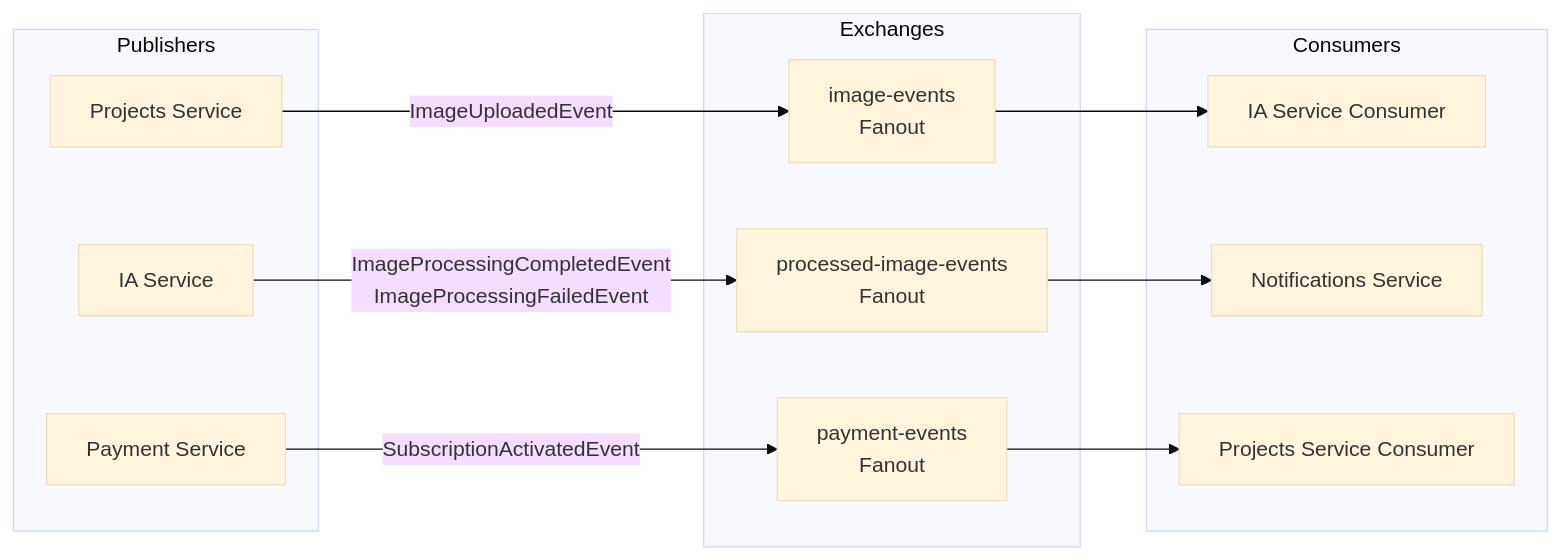
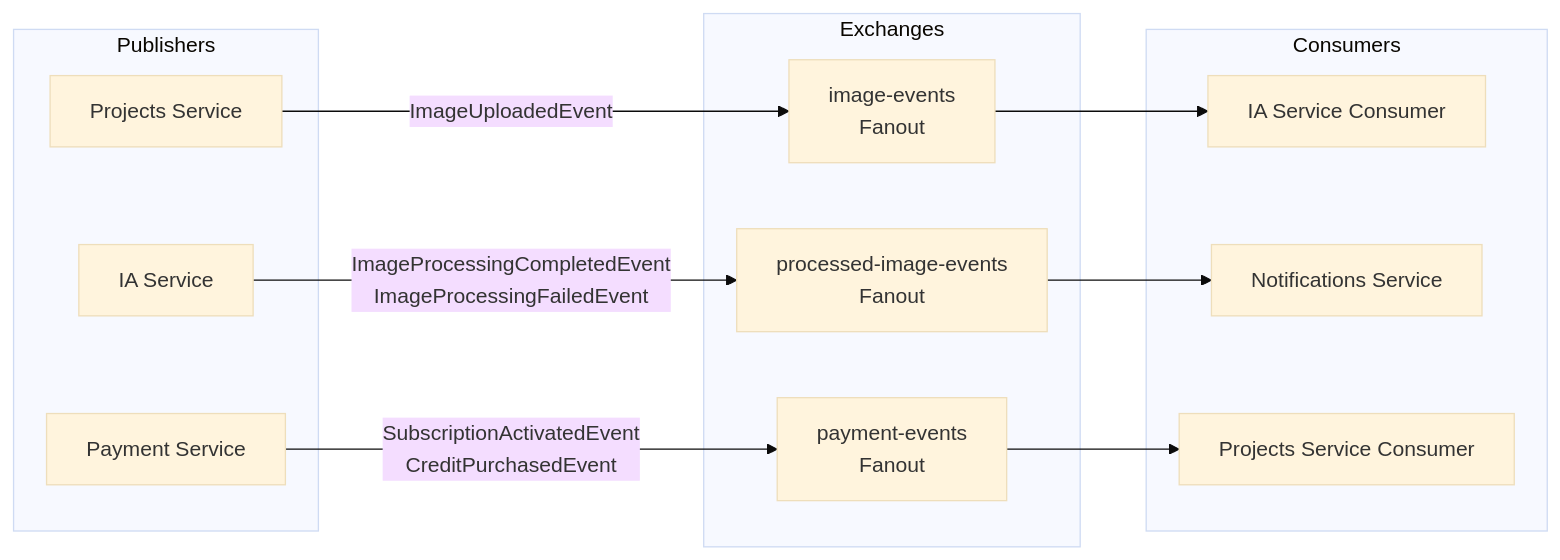
One commit to Jhon6723/capstone-software-development-5-service changed the fourth of 7 diagrams in docs/admin-and-payments-architecture.md. Above: the diagram before and after it, drawn with Mermaid (base theme). The commit also changed other lines of this file and 1 other file, not shown here.

First line of the commit message:
feat: add credit top-up system with pay-as-you-go pricing and CreditPurchasedEvent

````diff
--- a/docs/admin-and-payments-architecture.md
+++ b/docs/admin-and-payments-architecture.md
@@ -351,29 +468,29 @@
 ```mermaid
 flowchart LR
     subgraph "Exchanges"
         IE[image-events<br/>Fanout]
         PIE[processed-image-events<br/>Fanout]
         PE[payment-events<br/>Fanout]
     end
 
     subgraph "Publishers"
         PS[Projects Service]
         IA[IA Service]
         PAY[Payment Service]
     end
 
     subgraph "Consumers"
         IAC[IA Service Consumer]
         NS[Notifications Service]
         PSC[Projects Service Consumer]
     end
 
     PS -->|ImageUploadedEvent| IE
     IE --> IAC
 
     IA -->|ImageProcessingCompletedEvent<br/>ImageProcessingFailedEvent| PIE
     PIE --> NS
 
-    PAY -->|SubscriptionActivatedEvent| PE
+    PAY -->|SubscriptionActivatedEvent<br/>CreditPurchasedEvent| PE
     PE --> PSC
 ```
````
